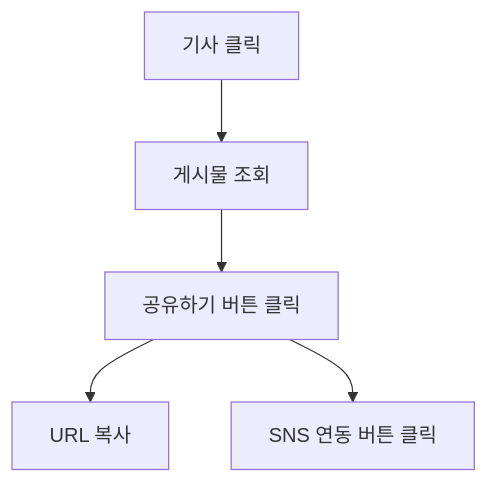
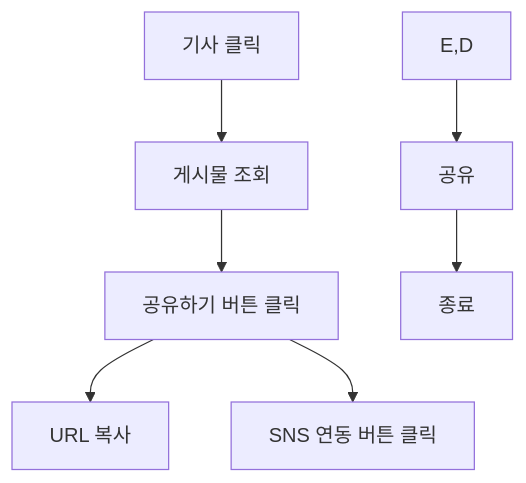
Before and after one commit to ssuminii/devcamp-onboarding-template: the fifth of 5 diagrams in design/기능정의서.md, drawn with Mermaid.

Commit message:
기능정의서 기사 공유하기 수정

````diff
--- a/design/기능정의서.md
+++ b/design/기능정의서.md
@@ -71,7 +71,9 @@
 ```mermaid
 flowchart TD
     A[기사 클릭] --> B[게시물 조회]
     B --> C[공유하기 버튼 클릭]
     C --> D[URL 복사]
     C --> E[SNS 연동 버튼 클릭]
+    E,D --> F[공유]
+    F --> Z[종료]
 ```
````
